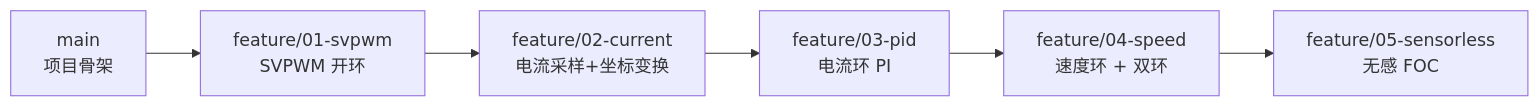
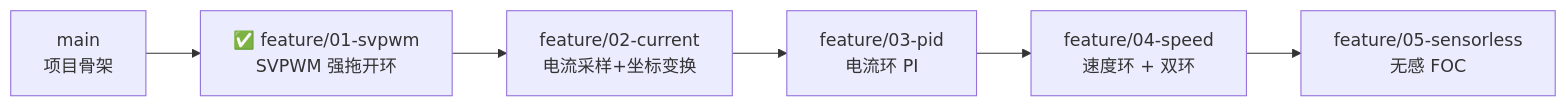
One commit to YMLGJ/FOC_Code_Project changed the diagram in README.md. Above: the diagram before and after it, drawn with Mermaid. The commit also changed other lines of this file, not shown here.

````diff
--- a/README.md
+++ b/README.md
@@ -148,8 +167,8 @@
 ```mermaid
 graph LR
-    A[main<br/>项目骨架] --> B[feature/01-svpwm<br/>SVPWM 开环]
+    A[main<br/>项目骨架] --> B[✅ feature/01-svpwm<br/>SVPWM 强拖开环]
     B --> C[feature/02-current<br/>电流采样+坐标变换]
     C --> D[feature/03-pid<br/>电流环 PI]
     D --> E[feature/04-speed<br/>速度环 + 双环]
     E --> F[feature/05-sensorless<br/>无感 FOC]
 ```
````
